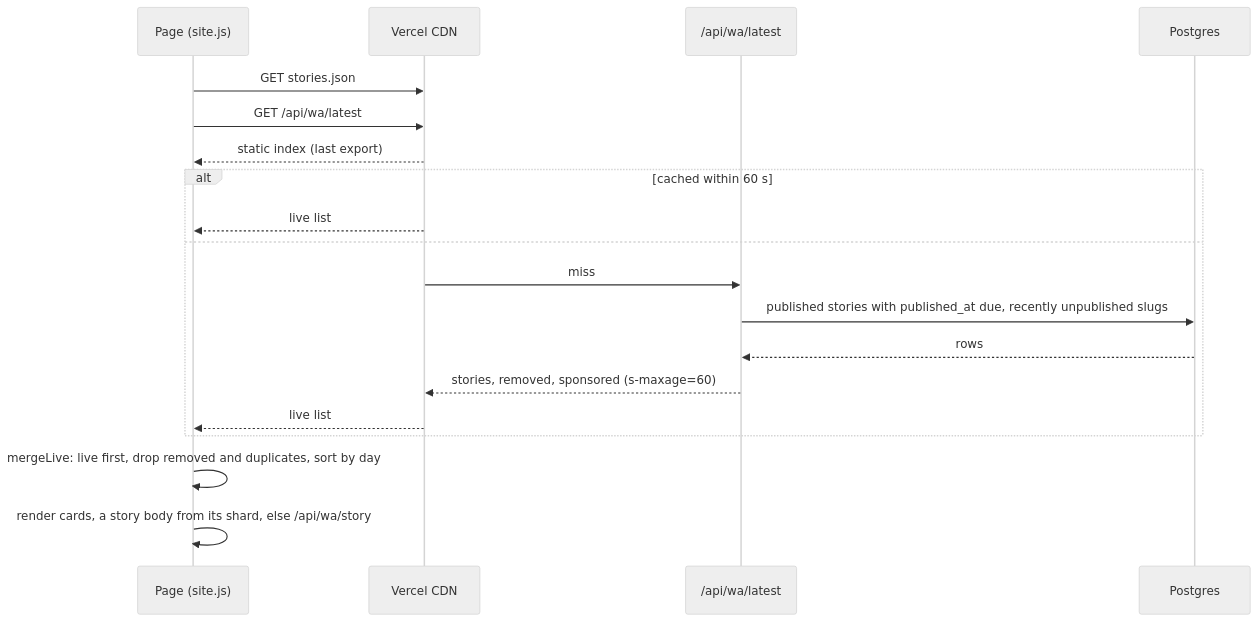
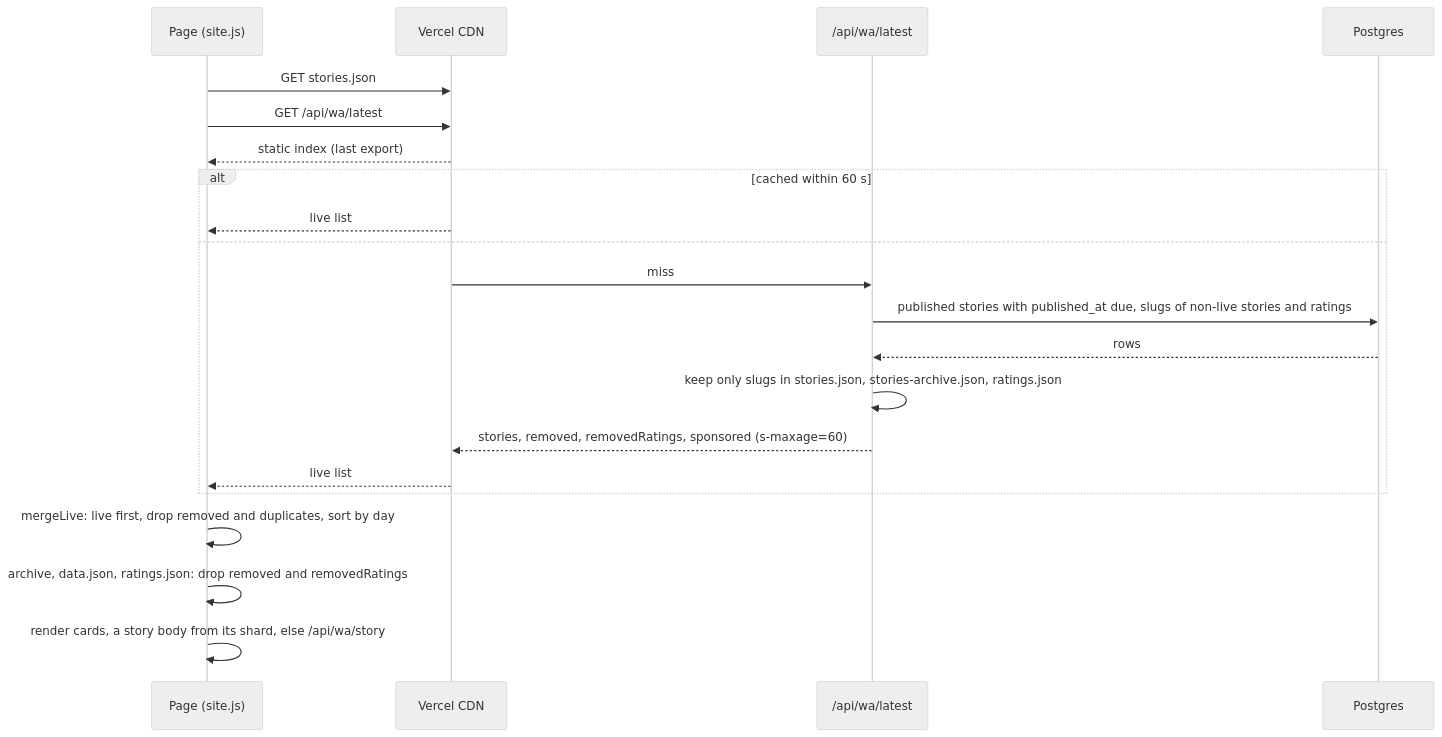
The second of 2 diagrams in docs/architecture/website.md (mcapace/rss-project), drawn with Mermaid (neutral theme) before and after one commit. The commit also changed other lines of this file and 1 other file, not shown here.

````diff
--- a/docs/architecture/website.md
+++ b/docs/architecture/website.md
@@ -93,21 +95,23 @@
 ```mermaid
 sequenceDiagram
   participant P as Page (site.js)
   participant CDN as Vercel CDN
   participant L as /api/wa/latest
   participant DB as Postgres
   P->>CDN: GET stories.json
   P->>CDN: GET /api/wa/latest
   CDN-->>P: static index (last export)
   alt cached within 60 s
     CDN-->>P: live list
   else
     CDN->>L: miss
-    L->>DB: published stories with published_at due, recently unpublished slugs
+    L->>DB: published stories with published_at due, slugs of non-live stories and ratings
     DB-->>L: rows
-    L-->>CDN: stories, removed, sponsored (s-maxage=60)
+    L->>L: keep only slugs in stories.json, stories-archive.json, ratings.json
+    L-->>CDN: stories, removed, removedRatings, sponsored (s-maxage=60)
     CDN-->>P: live list
   end
   P->>P: mergeLive: live first, drop removed and duplicates, sort by day
+  P->>P: archive, data.json, ratings.json: drop removed and removedRatings
   P->>P: render cards, a story body from its shard, else /api/wa/story
 ```
````
